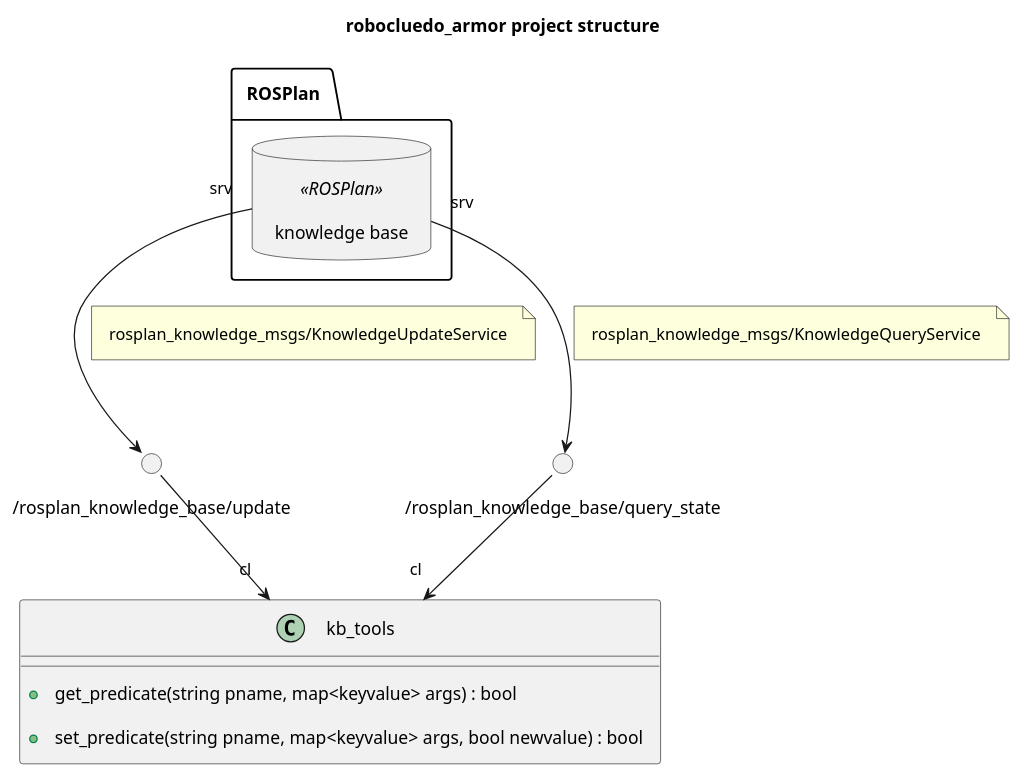
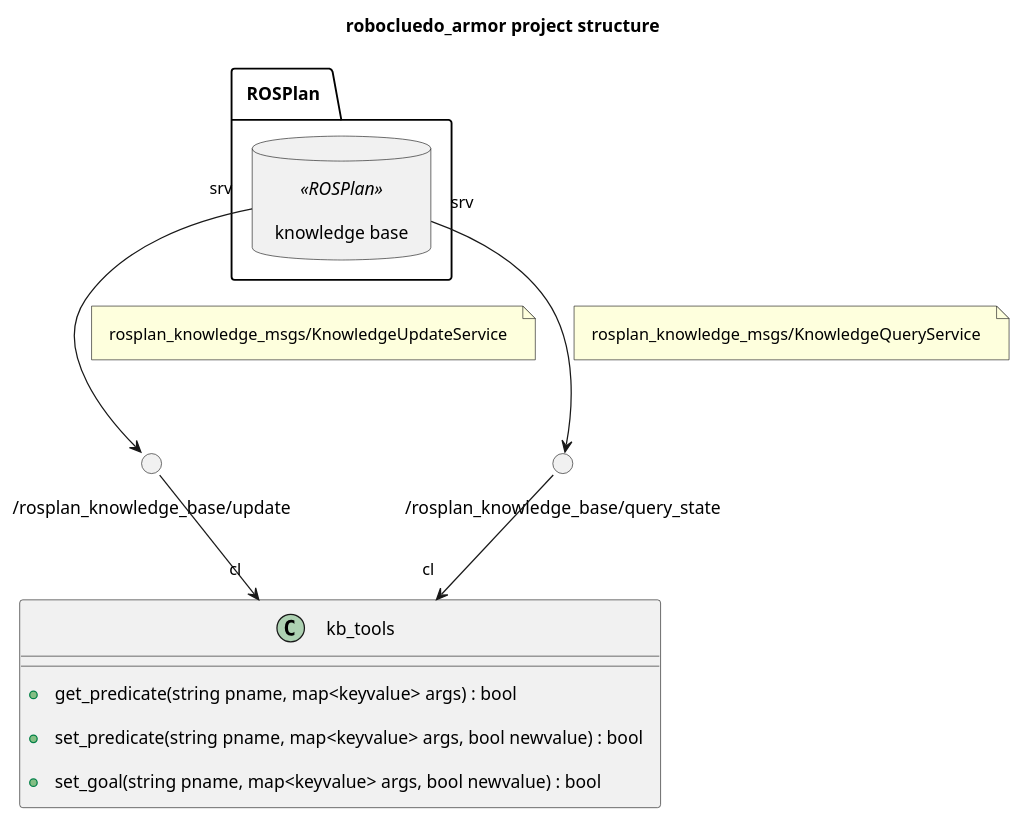
One commit to programmatoroSeduto/ExperimentalRoboticsLab-Assignment-2 changed the second of 2 diagrams in robocluedo_rosplan/_uml/rosplan-kb.md. Above: the diagram before and after it, drawn with PlantUML. The commit also changed other lines of this file and 117 other files, not shown here.

Commit message:
set goal method

````diff
--- a/robocluedo_rosplan/_uml/rosplan-kb.md
+++ b/robocluedo_rosplan/_uml/rosplan-kb.md
@@ -51,42 +55,44 @@
 ```{uml} 
 @startuml
 
 ''' INFOS
 title robocluedo_armor project structure
 skinparam Padding 8
 allow_mixing
 
 
 ''' COMPONENTS
 package "ROSPlan" {
 database "knowledge base" <<ROSPlan>> as KB
 }
 class "kb_tools" as TOOLS {
 + get_predicate(string pname, map<keyvalue> args) : bool
 + set_predicate(string pname, map<keyvalue> args, bool newvalue) : bool
+' + get_goal(string pname, map<keyvalue> args, bool newvalue) : bool
++ set_goal(string pname, map<keyvalue> args, bool newvalue) : bool
 }
 
 
 ''' SERVICES
 /'
 () "srv" as SRV_
 KB "srv" --> "cl" SRV_
 note on link: 
 '/
 
 () "/rosplan_knowledge_base/update" as SRV_KB_UPDATE
 KB "srv" --> SRV_KB_UPDATE
 note on link: rosplan_knowledge_msgs/KnowledgeUpdateService
 SRV_KB_UPDATE --> "cl" TOOLS
 
 () "/rosplan_knowledge_base/query_state" as SRV_QUERY
 KB "srv" --> SRV_QUERY
 note on link: rosplan_knowledge_msgs/KnowledgeQueryService
 SRV_QUERY --> "cl" TOOLS
 
 
 ''' CONNECTIONS
 ' ...
 
 @enduml
 ```
````
